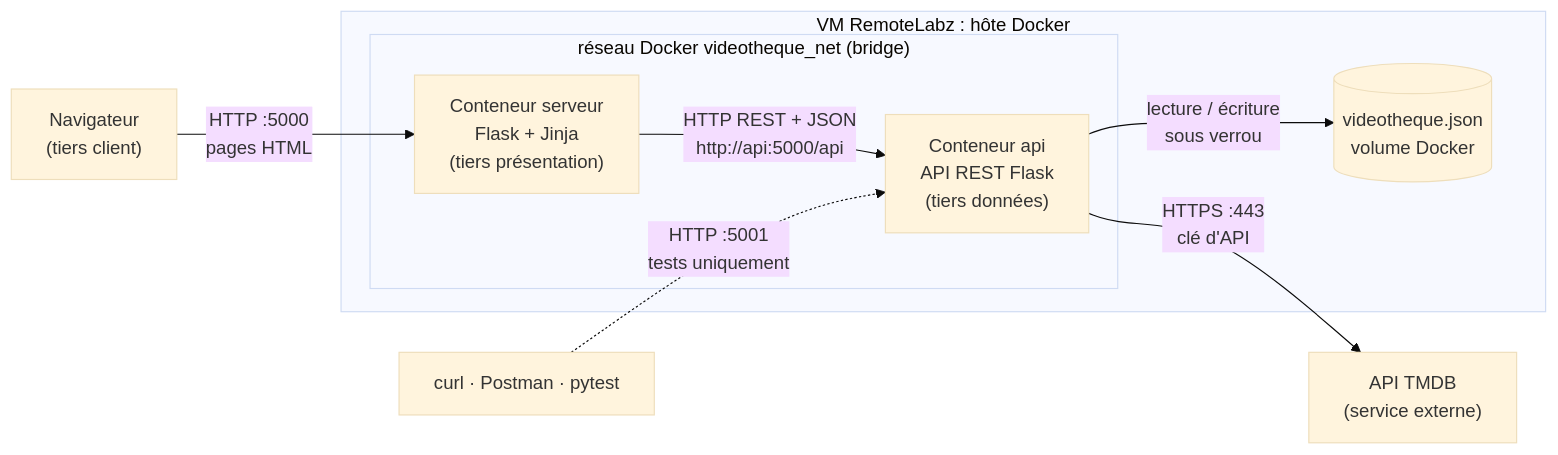
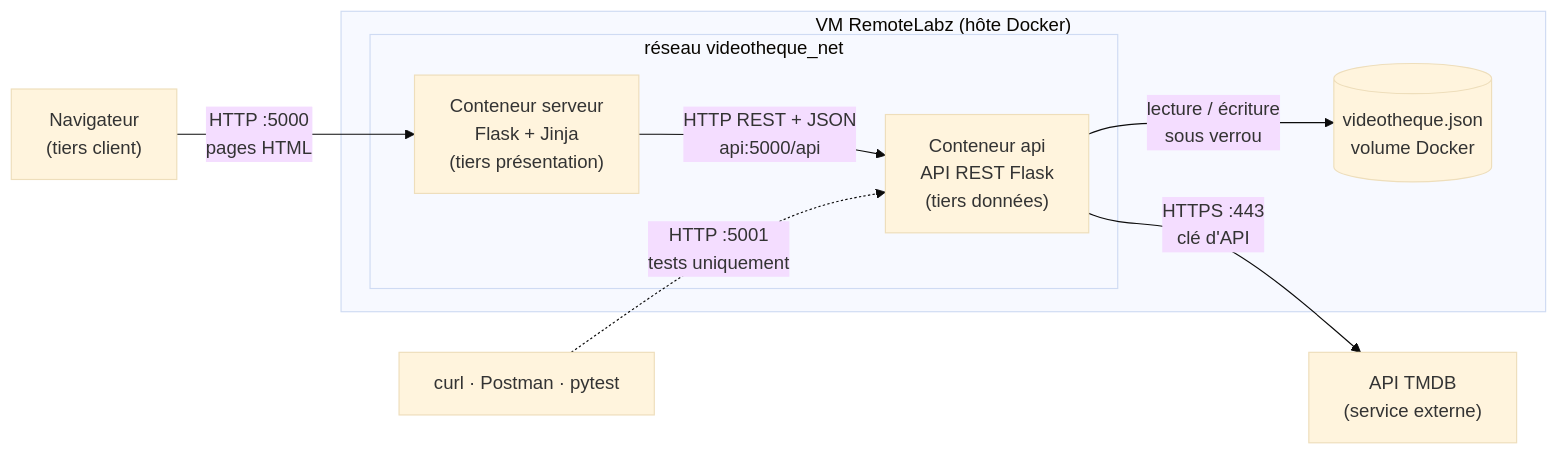
The first of 6 diagrams in README.md (L4Curtis/videotek-api), drawn with Mermaid (base theme) before and after one commit.

Commit message:
Améliore la lisibilité des diagrammes Mermaid du README

````diff
--- a/README.md
+++ b/README.md
@@ -15,15 +15,15 @@
 ```mermaid
 flowchart LR
     nav["Navigateur<br/>(tiers client)"] -->|"HTTP :5000<br/>pages HTML"| srv
-    subgraph vm["VM RemoteLabz : hôte Docker"]
-        subgraph net["réseau Docker videotheque_net (bridge)"]
+    subgraph vm["VM RemoteLabz (hôte Docker)"]
+        subgraph net["réseau videotheque_net"]
             srv["Conteneur serveur<br/>Flask + Jinja<br/>(tiers présentation)"]
             api["Conteneur api<br/>API REST Flask<br/>(tiers données)"]
         end
         json[("videotheque.json<br/>volume Docker")]
     end
-    srv -->|"HTTP REST + JSON<br/>http://api:5000/api"| api
+    srv -->|"HTTP REST + JSON<br/>api:5000/api"| api
     api -->|"lecture / écriture<br/>sous verrou"| json
     api -->|"HTTPS :443<br/>clé d'API"| tmdb["API TMDB<br/>(service externe)"]
     tests["curl · Postman · pytest"] -.->|"HTTP :5001<br/>tests uniquement"| api
 ```
````
